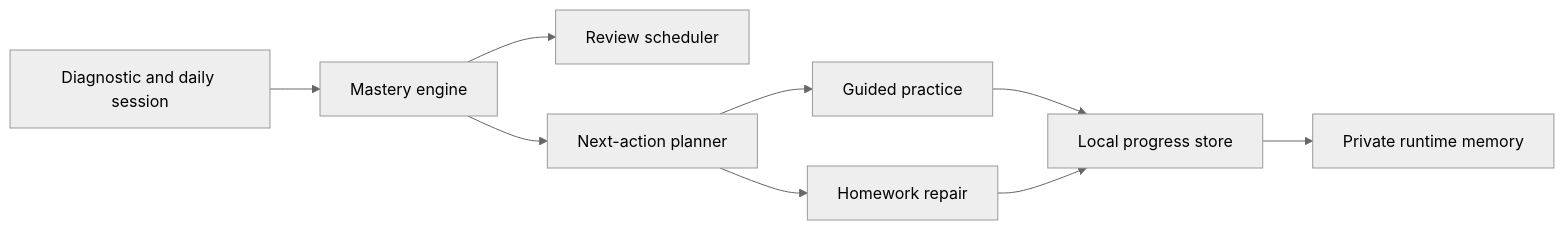
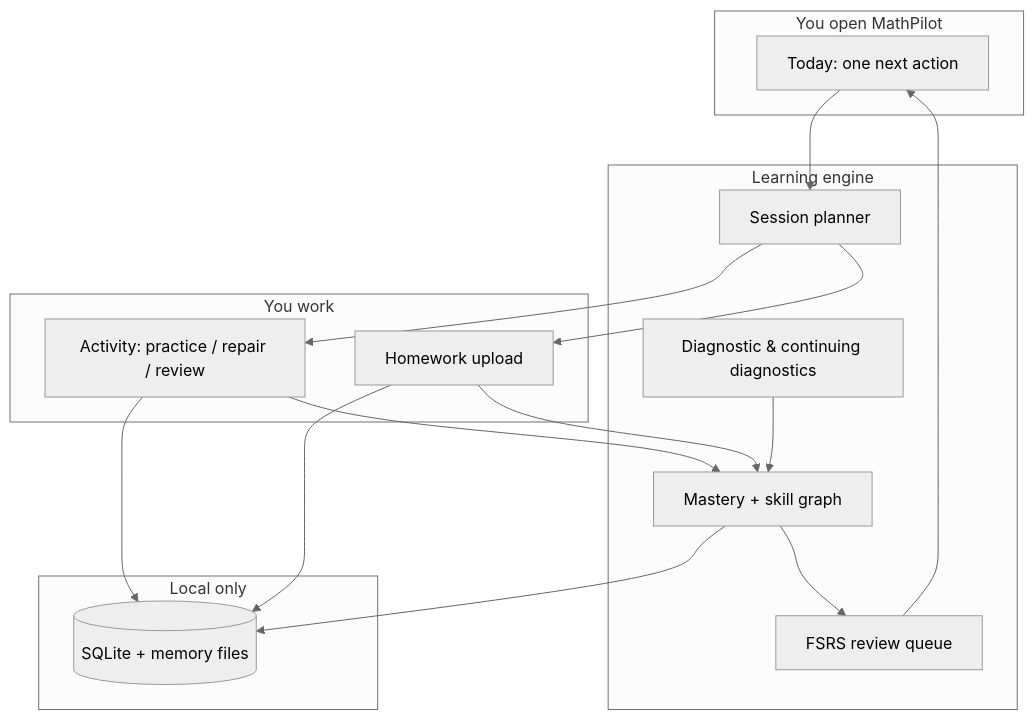
One commit to ezzy1630/MathPilot changed the diagram in README.md. Above: the diagram before and after it, drawn with Mermaid (neutral theme). The commit also changed other lines of this file and 2 other files, not shown here.

````diff
--- a/README.md
+++ b/README.md
@@ -38,11 +68,34 @@
 ```mermaid
-flowchart LR
-  A["Diagnostic and daily session"] --> B["Mastery engine"]
-  B --> C["Review scheduler"]
-  B --> D["Next-action planner"]
-  D --> E["Guided practice"]
-  D --> F["Homework repair"]
-  E --> G["Local progress store"]
-  F --> G
-  G --> H["Private runtime memory"]
+flowchart TB
+  subgraph open["You open MathPilot"]
+    T["Today: one next action"]
+  end
+
+  subgraph engine["Learning engine"]
+    D["Diagnostic & continuing diagnostics"]
+    M["Mastery + skill graph"]
+    R["FSRS review queue"]
+    P["Session planner"]
+  end
+
+  subgraph work["You work"]
+    A["Activity: practice / repair / review"]
+    H["Homework upload"]
+  end
+
+  subgraph local["Local only"]
+    S[("SQLite + memory files")]
+  end
+
+  T --> P
+  P --> A
+  P --> H
+  A --> M
+  H --> M
+  M --> R
+  D --> M
+  A --> S
+  H --> S
+  M --> S
+  R --> T
 ```
````
